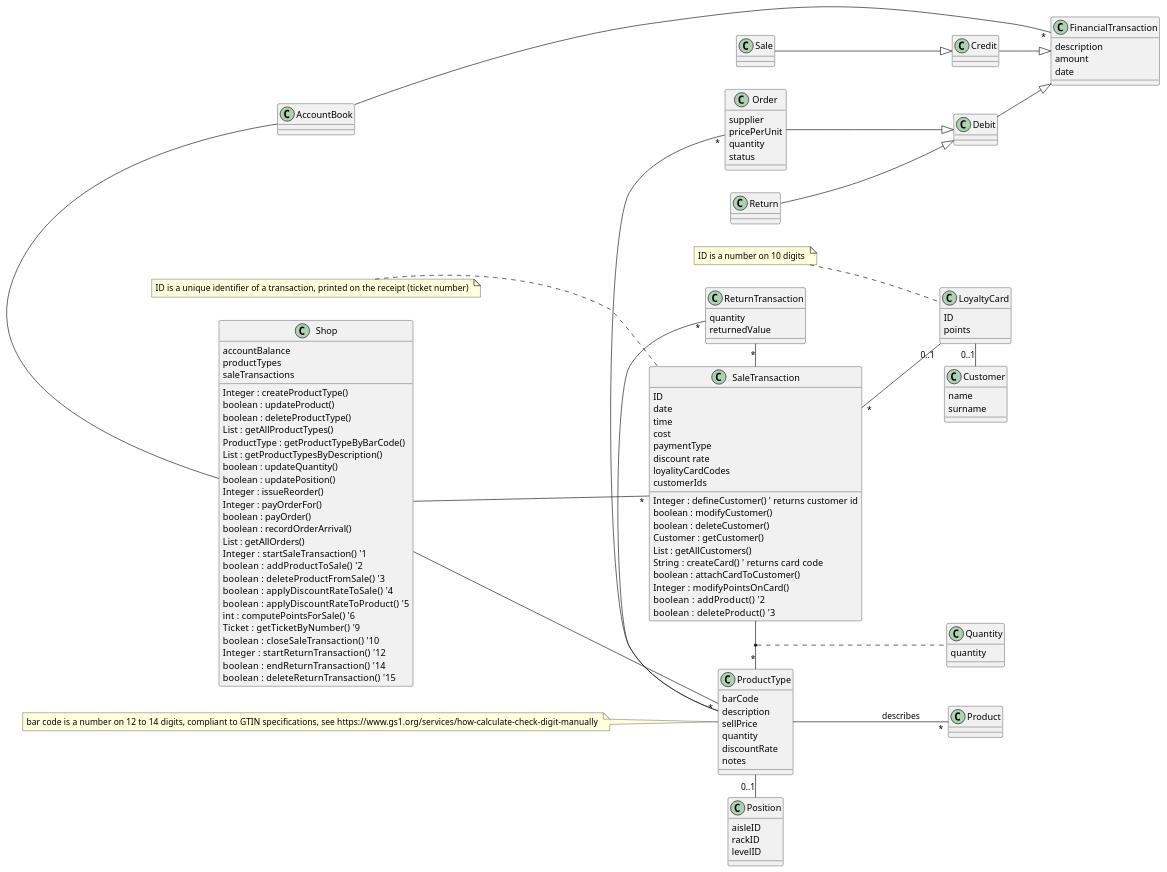
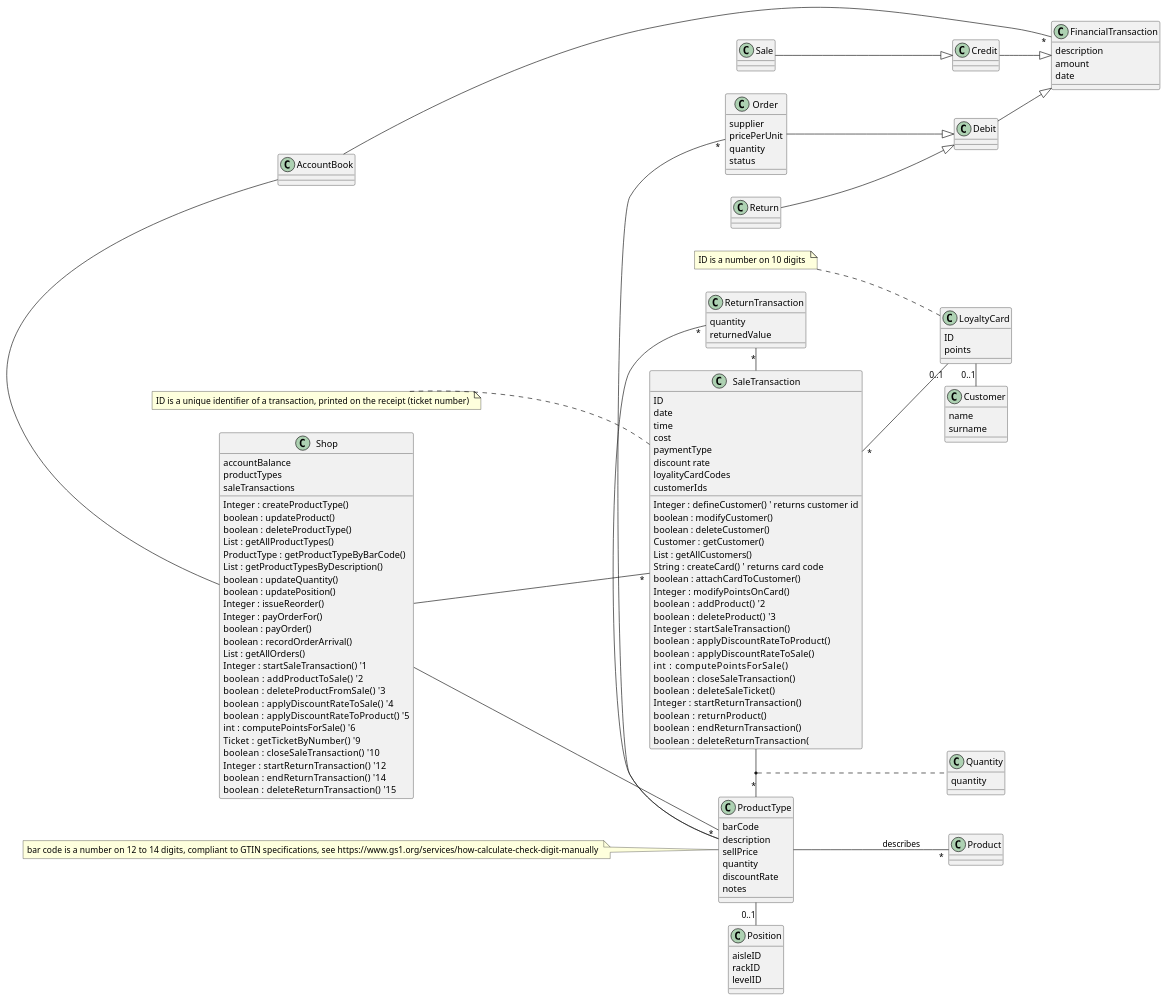
One commit to zitabou/EZShop changed the second of 2 diagrams in Deliverables/DesignDocument.md. Above: the diagram before and after it, drawn with PlantUML. The commit also changed other lines of this file, not shown here.

Commit message:
Update SaleTransaction

```diff
--- a/Deliverables/DesignDocument.md
+++ b/Deliverables/DesignDocument.md
@@ -138,6 +138,16 @@
     'FR6
     boolean   : addProduct() '2
     boolean   : deleteProduct() '3
+    Integer   : startSaleTransaction()
+    boolean   : applyDiscountRateToProduct()
+    boolean   : applyDiscountRateToSale()
+    int       : computePointsForSale()
+    boolean   : closeSaleTransaction()
+    boolean   : deleteSaleTicket()
+    Integer   : startReturnTransaction()
+    boolean   : returnProduct()
+    boolean   : endReturnTransaction()
+    boolean   : deleteReturnTransaction(
 
 }
 Shop --"*" SaleTransaction
```
